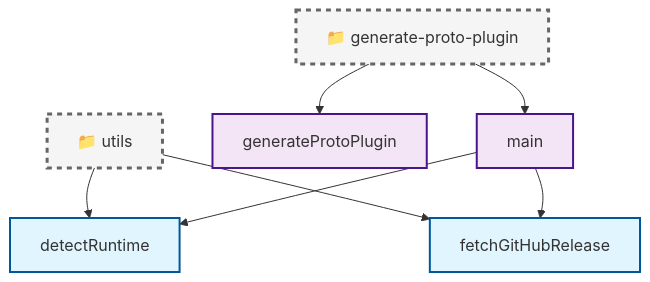
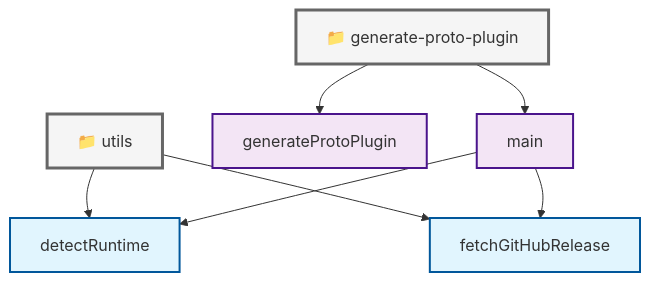
The second of 2 diagrams in docs/DANGER_README.md (continuous-quality-dev/proto-plugins), drawn with Mermaid before and after one commit. The commit also changed other lines of this file and 3 other files, not shown here.

````diff
--- a/docs/DANGER_README.md
+++ b/docs/DANGER_README.md
@@ -78,25 +81,25 @@
 ```mermaid
 graph TD
     %% generate-proto-plugin Function Dependencies
     classDef generatorFunction fill:#f3e5f5,stroke:#4a148c,stroke-width:2px
     classDef utilFunction fill:#e1f5fe,stroke:#01579b,stroke-width:2px
-    classDef fileNode fill:#f5f5f5,stroke:#666,stroke-width:3px,stroke-dasharray: 5 5
+    classDef fileNode fill:#f5f5f5,stroke:#666,stroke-width:3px
 
     %% Main File
     FILE_0["📁 generate-proto-plugin"]:::fileNode
     FUNC_1["main"]:::generatorFunction
     FUNC_2["generateProtoPlugin"]:::generatorFunction
     FILE_0 --> FUNC_1
     FILE_0 --> FUNC_2
 
     %% External Dependencies
     EXT_FILE_3["📁 utils"]:::fileNode
     EXT_FUNC_4["detectRuntime"]:::utilFunction
     EXT_FUNC_5["fetchGitHubRelease"]:::utilFunction
     EXT_FILE_3 --> EXT_FUNC_4
     EXT_FILE_3 --> EXT_FUNC_5
 
     %% Function Dependencies
     FUNC_1 --> EXT_FUNC_4
     FUNC_1 --> EXT_FUNC_5
 ```
````
